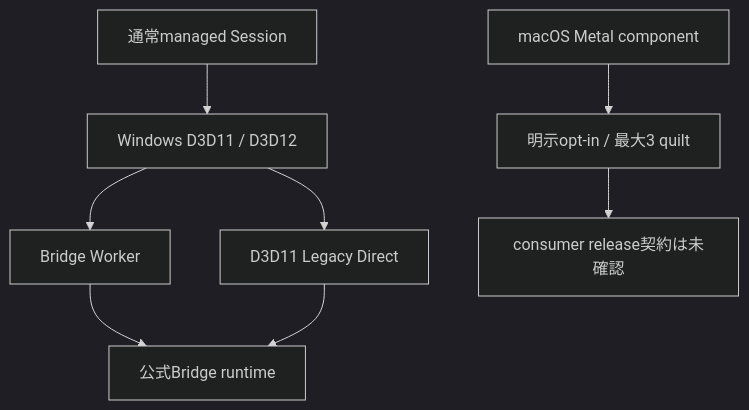
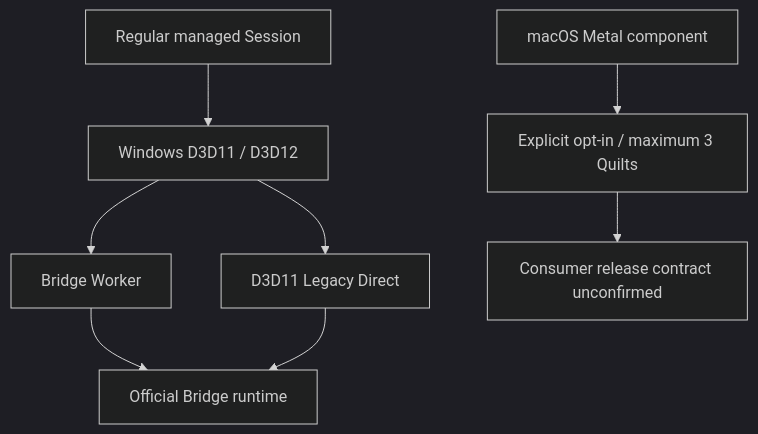
The diagram in docs/graphics-backends.md (zabaglione/ViewWeave), drawn with Mermaid (dark theme) before and after one commit. The commit also changed other lines of this file and 68 other files, not shown here.

````diff
--- a/docs/graphics-backends.md
+++ b/docs/graphics-backends.md
@@ -17,10 +19,10 @@
 ```mermaid
 flowchart TD
-    Session["通常managed Session"] --> Windows["Windows D3D11 / D3D12"]
+    Session["Regular managed Session"] --> Windows["Windows D3D11 / D3D12"]
     Windows --> Worker["Bridge Worker"]
     Windows --> Legacy["D3D11 Legacy Direct"]
-    Worker --> Bridge["公式Bridge runtime"]
+    Worker --> Bridge["Official Bridge runtime"]
     Legacy --> Bridge
-    Metal["macOS Metal component"] --> Gate["明示opt-in / 最大3 quilt"]
-    Gate --> Contract["consumer release契約は未確認"]
+    Metal["macOS Metal component"] --> Gate["Explicit opt-in / maximum 3 Quilts"]
+    Gate --> Contract["Consumer release contract unconfirmed"]
 ```
````
